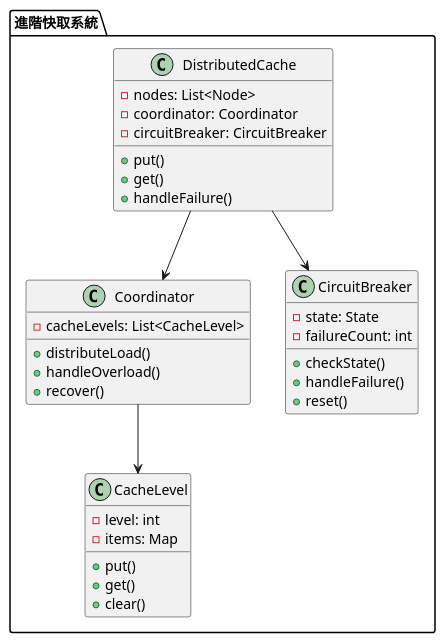
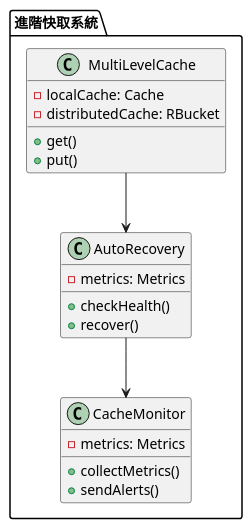
One commit to fine5351/info-sync changed the third of 3 diagrams in doc/learning/architecture/cache_avalanche_tutorial.md. Above: the diagram before and after it, drawn with PlantUML. The commit also changed other lines of this file and 9 other files, not shown here.

````diff
--- a/doc/learning/architecture/cache_avalanche_tutorial.md
+++ b/doc/learning/architecture/cache_avalanche_tutorial.md
@@ -227,41 +223,27 @@
 ```plantuml
 @startuml
 package "進階快取系統" {
-    class DistributedCache {
-        - nodes: List<Node>
-        - coordinator: Coordinator
-        - circuitBreaker: CircuitBreaker
+    class MultiLevelCache {
+        - localCache: Cache
+        - distributedCache: RBucket
+        + get()
         + put()
-        + get()
-        + handleFailure()
     }
     
-    class Coordinator {
-        - cacheLevels: List<CacheLevel>
-        + distributeLoad()
-        + handleOverload()
+    class AutoRecovery {
+        - metrics: Metrics
+        + checkHealth()
         + recover()
     }
     
-    class CircuitBreaker {
-        - state: State
-        - failureCount: int
-        + checkState()
-        + handleFailure()
-        + reset()
-    }
-    
-    class CacheLevel {
-        - level: int
-        - items: Map
-        + put()
-        + get()
-        + clear()
+    class CacheMonitor {
+        - metrics: Metrics
+        + collectMetrics()
+        + sendAlerts()
     }
 }
 
-DistributedCache --> Coordinator
-DistributedCache --> CircuitBreaker
-Coordinator --> CacheLevel
+MultiLevelCache --> AutoRecovery
+AutoRecovery --> CacheMonitor
 @enduml
 ```
````
